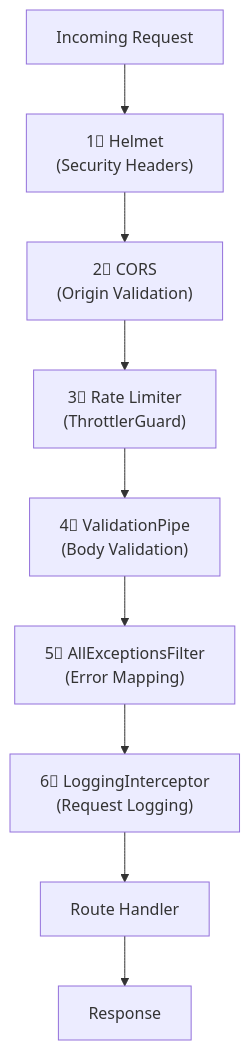
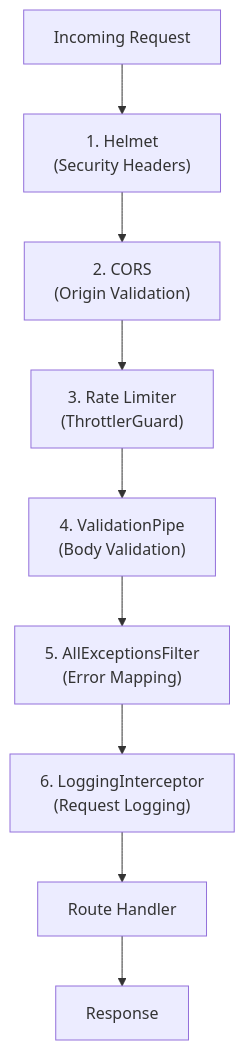
One commit to nurulizyansyaza/personal-task-tracker-api changed the first of 3 diagrams in README.md. Above: the diagram before and after it, drawn with Mermaid. The commit also changed other lines of this file, not shown here.

````diff
--- a/README.md
+++ b/README.md
@@ -276,12 +276,12 @@
 ```mermaid
 flowchart TD
- REQ[" Incoming Request"]
- REQ --> HELMET["1⃣ Helmet\n(Security Headers)"]
- HELMET --> CORS["2⃣ CORS\n(Origin Validation)"]
- CORS --> THROTTLE["3⃣ Rate Limiter\n(ThrottlerGuard)"]
- THROTTLE --> PIPE["4⃣ ValidationPipe\n(Body Validation)"]
- PIPE --> FILTER["5⃣ AllExceptionsFilter\n(Error Mapping)"]
- FILTER --> LOG["6⃣ LoggingInterceptor\n(Request Logging)"]
- LOG --> HANDLER[" Route Handler"]
- HANDLER --> RES[" Response"]
+ REQ["Incoming Request"]
+ REQ --> HELMET["1. Helmet\n(Security Headers)"]
+ HELMET --> CORS["2. CORS\n(Origin Validation)"]
+ CORS --> THROTTLE["3. Rate Limiter\n(ThrottlerGuard)"]
+ THROTTLE --> PIPE["4. ValidationPipe\n(Body Validation)"]
+ PIPE --> FILTER["5. AllExceptionsFilter\n(Error Mapping)"]
+ FILTER --> LOG["6. LoggingInterceptor\n(Request Logging)"]
+ LOG --> HANDLER["Route Handler"]
+ HANDLER --> RES["Response"]
 ```
````
